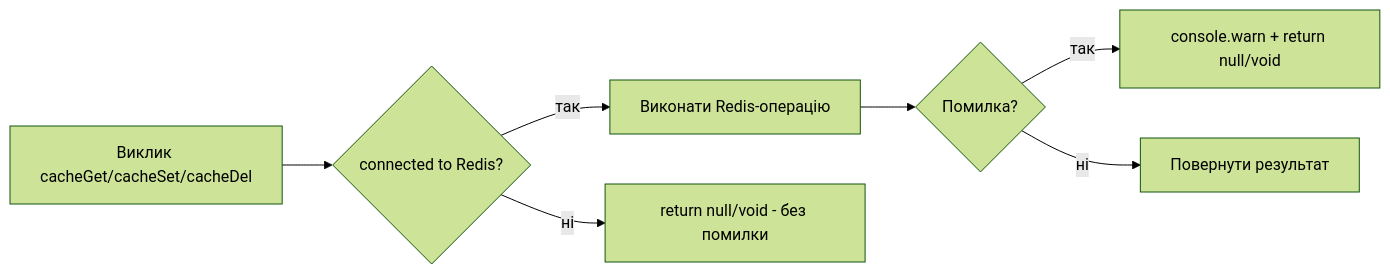
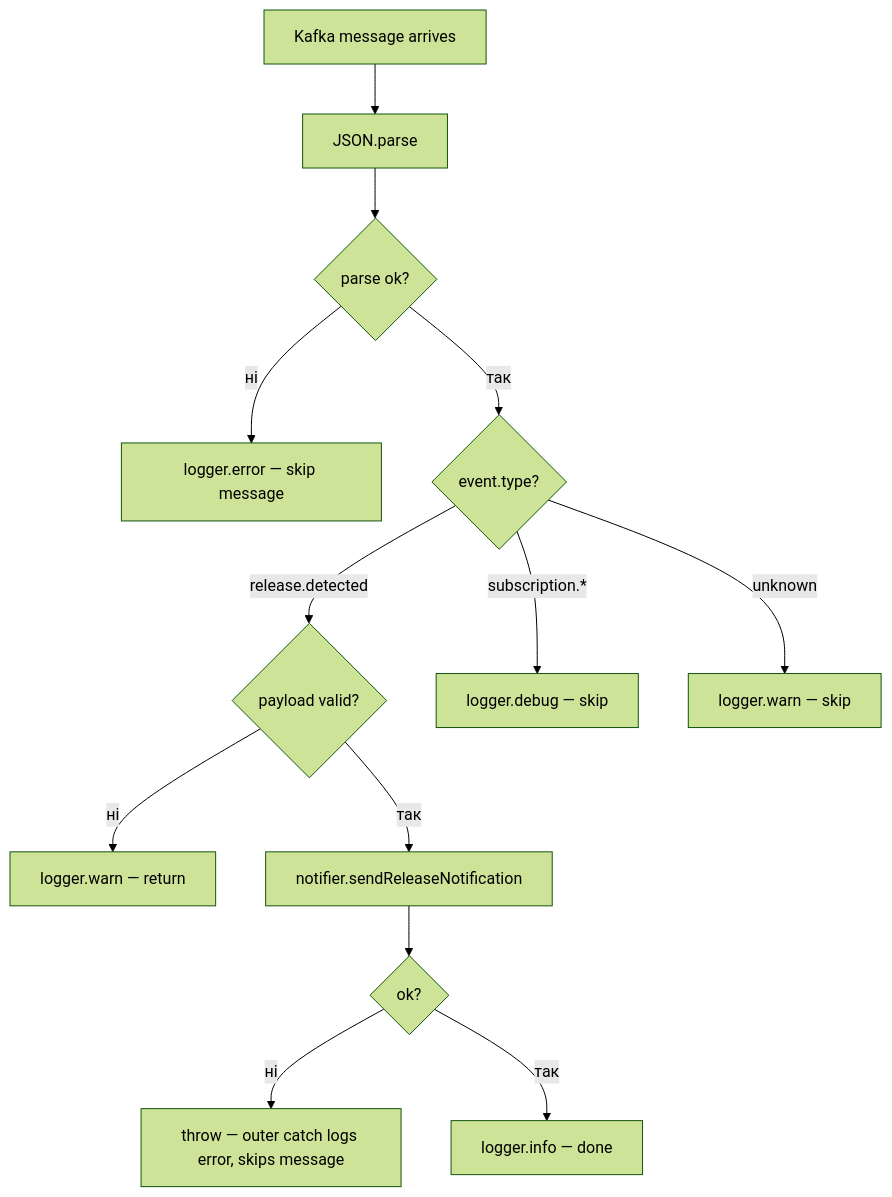
The seventh of 10 diagrams in docs/SYSTEM_DESIGN.md (GenesisEducationKyiv/software-engineering-school-6-0-Official-Echo), drawn with Mermaid (forest theme) before and after one commit. The commit also changed other lines of this file, not shown here.

Commit message:
docs: Shorten System Design document, add Kafka

````diff
--- a/docs/SYSTEM_DESIGN.md
+++ b/docs/SYSTEM_DESIGN.md
@@ -412,9 +252,15 @@
 ```mermaid
-flowchart LR
-    A[Виклик cacheGet/cacheSet/cacheDel] --> B{connected to Redis?}
-    B -- так --> C[Виконати Redis-операцію]
-    C --> D{Помилка?}
-    D -- так --> E[console.warn + return null/void]
-    D -- ні --> F[Повернути результат]
-    B -- ні --> G[return null/void - без помилки]
+flowchart TD
+    A[Kafka message arrives] --> B[JSON.parse]
+    B --> C{parse ok?}
+    C -- ні --> D[logger.error — skip message]
+    C -- так --> E{event.type?}
+    E -- release.detected --> F{payload valid?}
+    F -- ні --> G[logger.warn — return]
+    F -- так --> H[notifier.sendReleaseNotification]
+    H --> I{ok?}
+    I -- ні --> J[throw — outer catch logs error, skips message]
+    I -- так --> K[logger.info — done]
+    E -- subscription.* --> L[logger.debug — skip]
+    E -- unknown --> M[logger.warn — skip]
 ```
````
